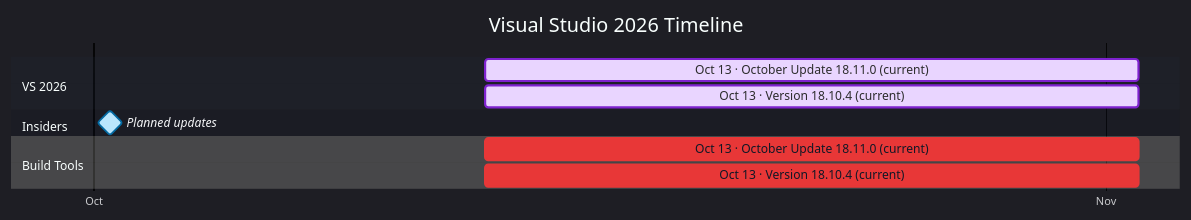
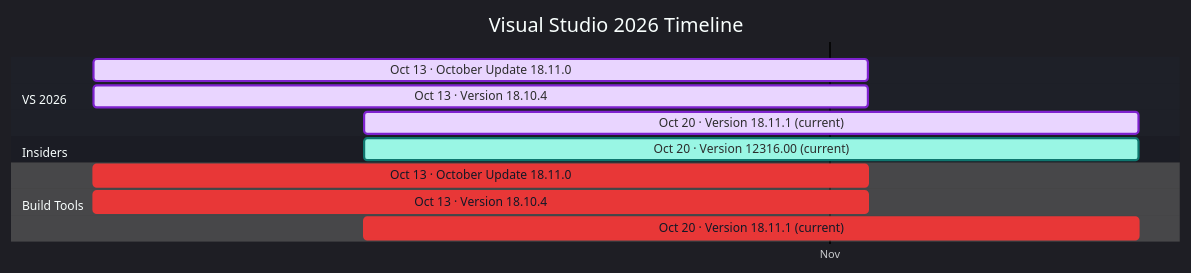
One commit to Oxelya-DevTools/VisualStudioUpdate changed the diagram in docs/visual-studio-2026.md. Above: the diagram before and after it, drawn with Mermaid. The commit also changed other lines of this file and 3 other files, not shown here.

````diff
--- a/docs/visual-studio-2026.md
+++ b/docs/visual-studio-2026.md
@@ -9,16 +9,18 @@
 ```mermaid
 %%{init: {'theme':'dark','themeVariables': { 'fontFamily': 'Segoe UI', 'fontSize': '24px', 'textColor': '#F3F4F6', 'titleTextColor': '#FFFFFF', 'taskTextColor': '#111827', 'taskTextLightColor': '#111827', 'taskTextOutsideColor': '#F3F4F6', 'taskBkgColor': '#BAE6FD', 'taskBorderColor': '#0369A1', 'doneTaskBkgColor': '#E9D5FF', 'doneTaskBorderColor': '#7E22CE', 'activeTaskBkgColor': '#99F6E4', 'activeTaskBorderColor': '#0F766E', 'critTaskBkgColor': '#FED7AA', 'critTaskBorderColor': '#C2410C', 'sectionBkgColor': '#1F2937', 'altSectionBkgColor': '#111827', 'gridColor': '#4B5563', 'todayLineColor': '#F87171' }}}%%
 gantt
     title Visual Studio 2026 Timeline
     dateFormat  YYYY-MM-DD
     axisFormat  %b
     tickInterval 1month
     section VS 2026
-    Oct 13 · October Update 18.11.0 (current) : done, vs2026202610130, 2026-10-13, 20d
-    Oct 13 · Version 18.10.4 (current) : done, vs2026202610131, 2026-10-13, 20d
+    Oct 13 · October Update 18.11.0 : done, vs2026202610130, 2026-10-13, 20d
+    Oct 13 · Version 18.10.4 : done, vs2026202610131, 2026-10-13, 20d
+    Oct 20 · Version 18.11.1 (current) : done, vs2026202610202, 2026-10-20, 20d
     section Insiders
-    Planned updates : milestone, insidersplanned, 2026-10-01, 1d
+    Oct 20 · Version 12316.00 (current) : active, insiders202610200, 2026-10-20, 20d
     section Build Tools
-    Oct 13 · October Update 18.11.0 (current) : crit, buildtools202610130, 2026-10-13, 20d
-    Oct 13 · Version 18.10.4 (current) : crit, buildtools202610131, 2026-10-13, 20d
+    Oct 13 · October Update 18.11.0 : crit, buildtools202610130, 2026-10-13, 20d
+    Oct 13 · Version 18.10.4 : crit, buildtools202610131, 2026-10-13, 20d
+    Oct 20 · Version 18.11.1 (current) : crit, buildtools202610202, 2026-10-20, 20d
 ```
````
